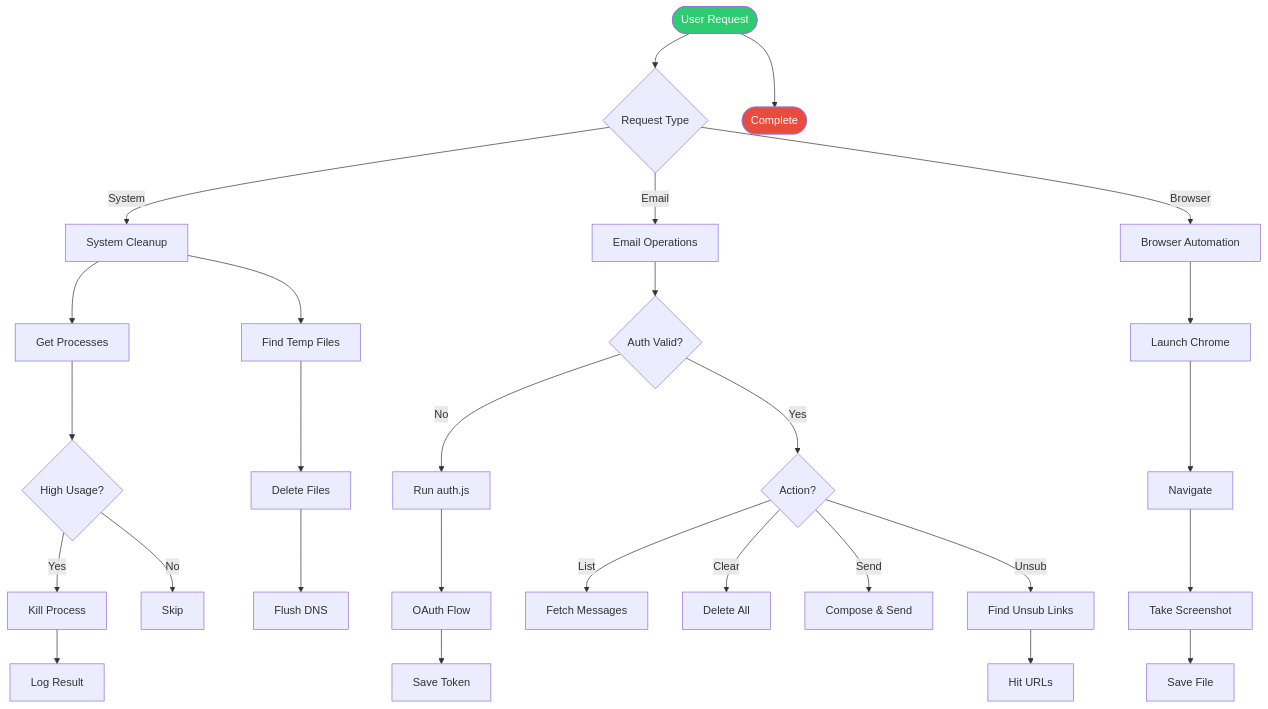
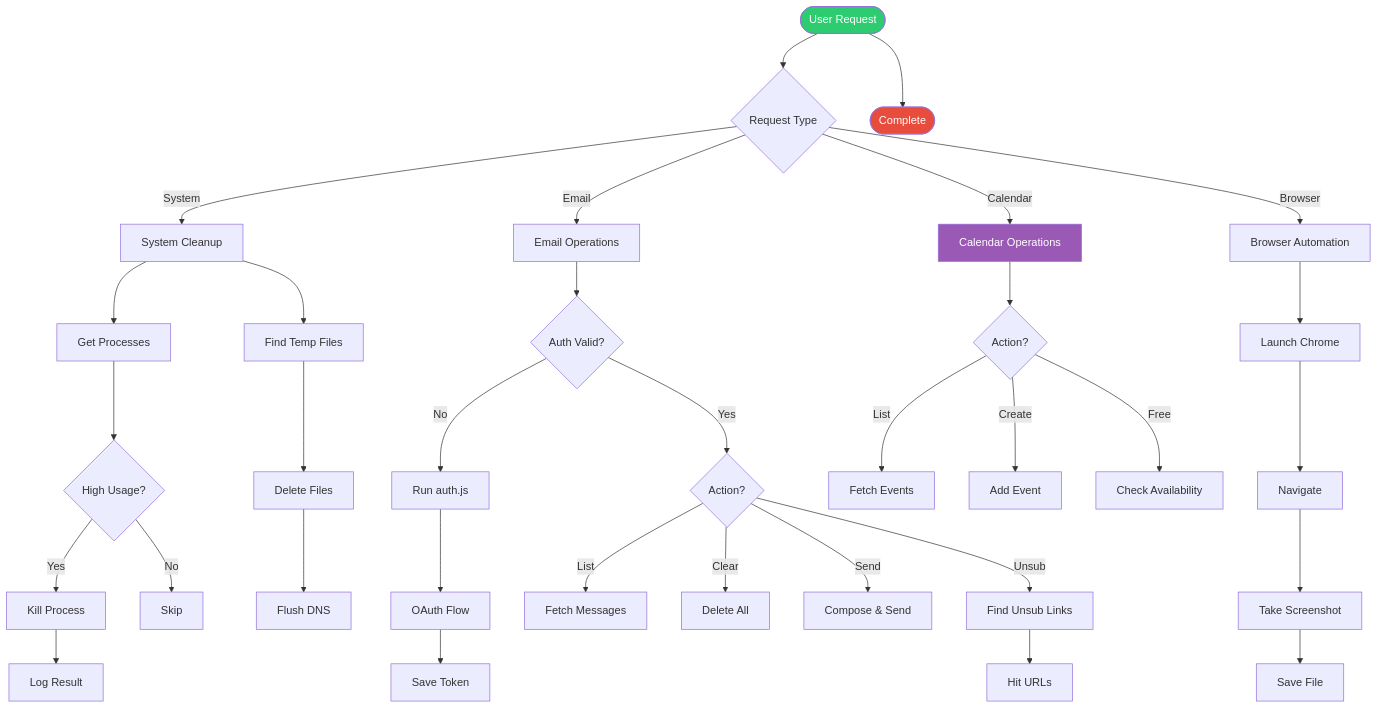
One commit to marceli1404/system-automation changed the third of 3 diagrams in README.md. Above: the diagram before and after it, drawn with Mermaid. The commit also changed other lines of this file and 3 other files, not shown here.

Commit message:
Add calendar automation, update graphs, secure .gitignore

````diff
--- a/README.md
+++ b/README.md
@@ -124,39 +149,46 @@
 ```mermaid
 flowchart TD
     START([User Request]) --> TYPE{Request Type}
 
     TYPE -->|System| SYS[System Cleanup]
     TYPE -->|Email| EMAIL[Email Operations]
+    TYPE -->|Calendar| CAL[Calendar Operations]
     TYPE -->|Browser| BROW[Browser Automation]
 
     SYS --> P1[Get Processes]
     P1 --> P2{High Usage?}
     P2 -->|Yes| P3[Kill Process]
     P2 -->|No| P4[Skip]
     P3 --> P5[Log Result]
 
     SYS --> T1[Find Temp Files]
     T1 --> T2[Delete Files]
     T2 --> T3[Flush DNS]
 
     EMAIL --> E1{Auth Valid?}
     E1 -->|No| E2[Run auth.js]
     E2 --> E3[OAuth Flow]
     E3 --> E4[Save Token]
     E1 -->|Yes| E5{Action?}
     E5 -->|List| E6[Fetch Messages]
     E5 -->|Clear| E7[Delete All]
     E5 -->|Send| E8[Compose & Send]
     E5 -->|Unsub| E9[Find Unsub Links]
     E9 --> E10[Hit URLs]
 
+    CAL --> C1{Action?}
+    C1 -->|List| C2[Fetch Events]
+    C1 -->|Create| C3[Add Event]
+    C1 -->|Free| C4[Check Availability]
+
     BROW --> B1[Launch Chrome]
     B1 --> B2[Navigate]
     B2 --> B3[Take Screenshot]
     B3 --> B4[Save File]
 
     START --> DONE([Complete])
 
     style START fill:#2ecc71,color:white
     style DONE fill:#e74c3c,color:white
+    style CAL fill:#9b59b6,color:white
 ```
````
